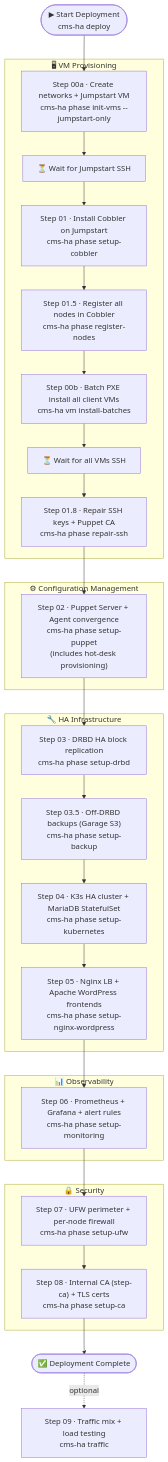
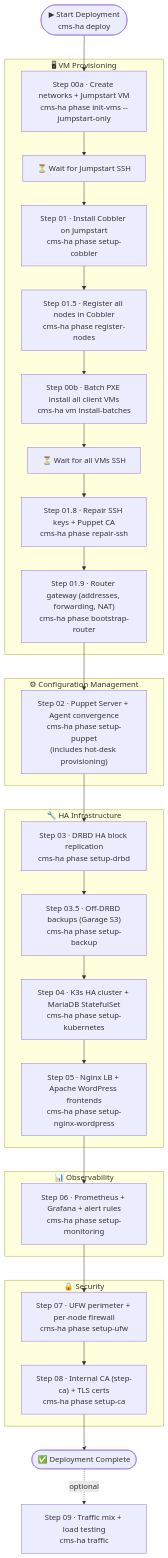
Before and after one commit to Aitor42/CMS-HA-Infrastructure: the third of 3 diagrams in docs/NETWORK_DIAGRAM.md, drawn with Mermaid. The commit also changed other lines of this file and 17 other files, not shown here.

First line of the commit message:
fix(router): restore the early gateway bootstrap the v2 orchestrator dropped

````diff
--- a/docs/NETWORK_DIAGRAM.md
+++ b/docs/NETWORK_DIAGRAM.md
@@ -158,55 +158,57 @@
 ```mermaid
 graph TD
     START(["▶ Start Deployment<br/>cms-ha deploy"])
 
     subgraph VM_PROVISION["🖥 VM Provisioning"]
         STEP00A["Step 00a · Create networks + Jumpstart VM<br/>cms-ha phase init-vms --jumpstart-only"]
         WAIT_JS["⏳ Wait for Jumpstart SSH"]
         STEP01["Step 01 · Install Cobbler on Jumpstart<br/>cms-ha phase setup-cobbler"]
         STEP015["Step 01.5 · Register all nodes in Cobbler<br/>cms-ha phase register-nodes"]
         STEP00B["Step 00b · Batch PXE install all client VMs<br/>cms-ha vm install-batches"]
         WAIT_NODES["⏳ Wait for all VMs SSH"]
         STEP018["Step 01.8 · Repair SSH keys + Puppet CA<br/>cms-ha phase repair-ssh"]
+        STEP018B["Step 01.9 · Router gateway (addresses, forwarding, NAT)<br/>cms-ha phase bootstrap-router"]
     end
 
     subgraph CONFIG_MGMT["⚙ Configuration Management"]
         STEP02["Step 02 · Puppet Server + Agent convergence<br/>cms-ha phase setup-puppet<br/>(includes hot-desk provisioning)"]
     end
 
     subgraph HA_INFRA["🔧 HA Infrastructure"]
         STEP03["Step 03 · DRBD HA block replication<br/>cms-ha phase setup-drbd"]
         STEP035["Step 03.5 · Off-DRBD backups (Garage S3)<br/>cms-ha phase setup-backup"]
         STEP04["Step 04 · K3s HA cluster + MariaDB StatefulSet<br/>cms-ha phase setup-kubernetes"]
         STEP05["Step 05 · Nginx LB + Apache WordPress frontends<br/>cms-ha phase setup-nginx-wordpress"]
     end
 
     subgraph OBSERVE["📊 Observability"]
         STEP06["Step 06 · Prometheus + Grafana + alert rules<br/>cms-ha phase setup-monitoring"]
     end
 
     subgraph SECURITY["🔒 Security"]
         STEP07["Step 07 · UFW perimeter + per-node firewall<br/>cms-ha phase setup-ufw"]
         STEP08["Step 08 · Internal CA (step-ca) + TLS certs<br/>cms-ha phase setup-ca"]
     end
 
     TRAFFIC["Step 09 · Traffic mix + load testing<br/>cms-ha traffic"]
     END(["✅ Deployment Complete"])
 
     START --> STEP00A
     STEP00A --> WAIT_JS
     WAIT_JS --> STEP01
     STEP01 --> STEP015
     STEP015 --> STEP00B
     STEP00B --> WAIT_NODES
     WAIT_NODES --> STEP018
-    STEP018 --> STEP02
+    STEP018 --> STEP018B
+    STEP018B --> STEP02
     STEP02 --> STEP03
     STEP03 --> STEP035
     STEP035 --> STEP04
     STEP04 --> STEP05
     STEP05 --> STEP06
     STEP06 --> STEP07
     STEP07 --> STEP08
     STEP08 --> END
     END -.->|"optional"| TRAFFIC
 ```
````
